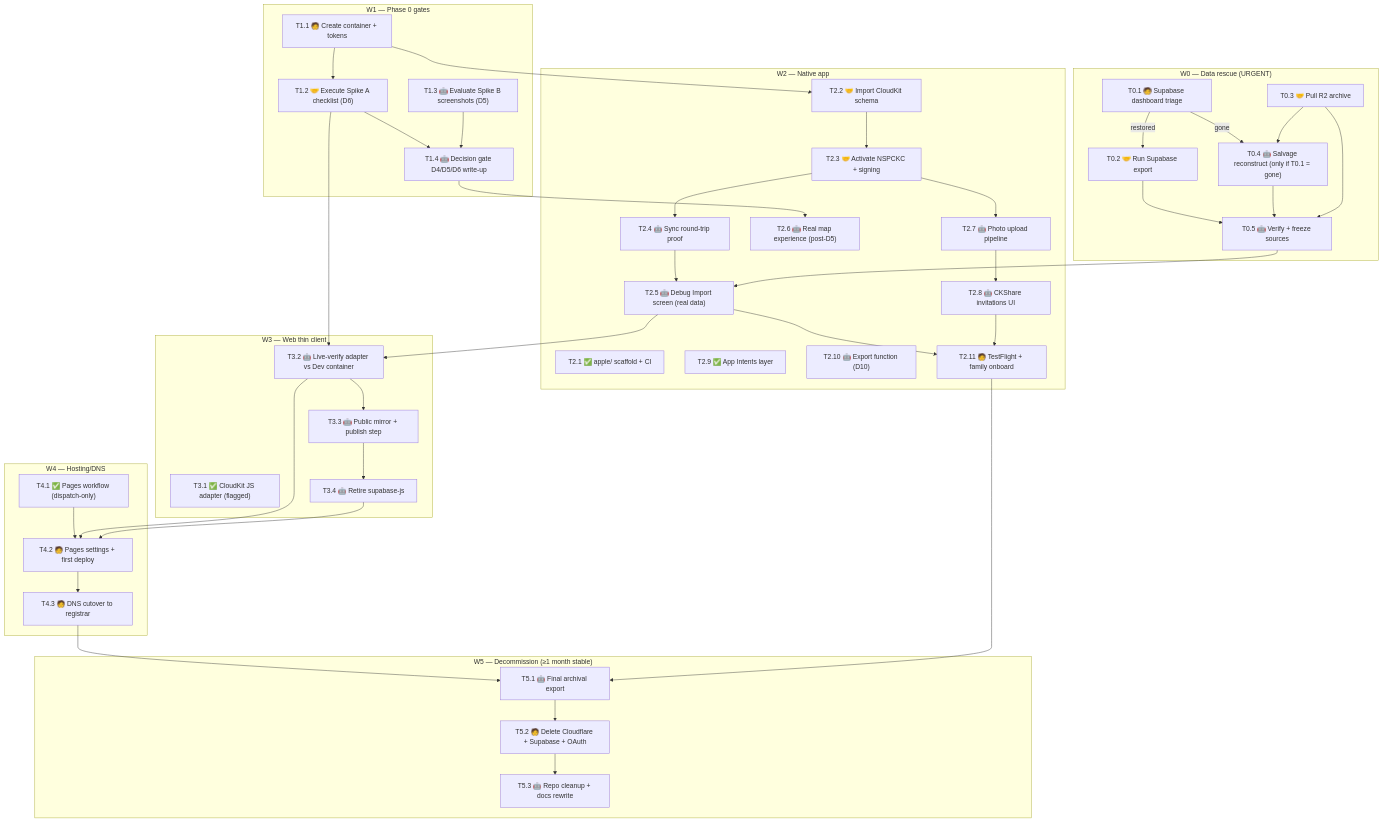
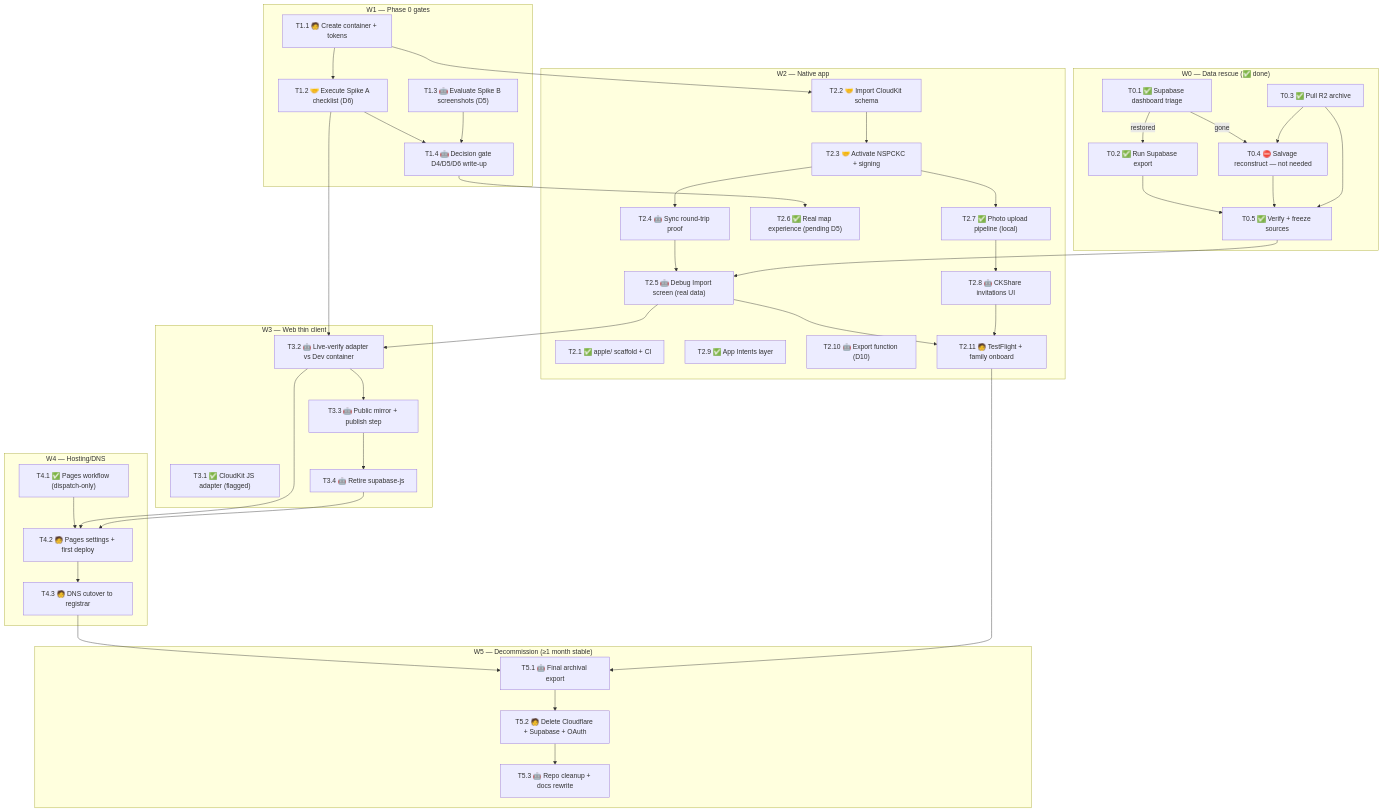
One commit to CHaerem/Akashic changed the diagram in APPLE-MIGRATION-TASKS.md. Above: the diagram before and after it, drawn with Mermaid. The commit also changed other lines of this file and 5 other files, not shown here.

````diff
--- a/APPLE-MIGRATION-TASKS.md
+++ b/APPLE-MIGRATION-TASKS.md
@@ -28,71 +28,71 @@
 ```mermaid
 graph TD
-    subgraph W0["W0 — Data rescue (URGENT)"]
-        T01["T0.1 🧑 Supabase dashboard triage"]
-        T02["T0.2 🤝 Run Supabase export"]
-        T03["T0.3 🤝 Pull R2 archive"]
-        T04["T0.4 🤖 Salvage reconstruct (only if T0.1 = gone)"]
-        T05["T0.5 🤖 Verify + freeze sources"]
+    subgraph W0["W0 — Data rescue (✅ done)"]
+        T01["T0.1 ✅ Supabase dashboard triage"]
+        T02["T0.2 ✅ Run Supabase export"]
+        T03["T0.3 ✅ Pull R2 archive"]
+        T04["T0.4 ⛔ Salvage reconstruct — not needed"]
+        T05["T0.5 ✅ Verify + freeze sources"]
         T01 -->|restored| T02 --> T05
         T01 -->|gone| T04 --> T05
         T03 --> T05
         T03 --> T04
     end
 
     subgraph W1["W1 — Phase 0 gates"]
         T11["T1.1 🧑 Create container + tokens"]
         T12["T1.2 🤝 Execute Spike A checklist (D6)"]
         T13["T1.3 🤖 Evaluate Spike B screenshots (D5)"]
         T14["T1.4 🤖 Decision gate D4/D5/D6 write-up"]
         T11 --> T12 --> T14
         T13 --> T14
     end
 
     subgraph W2["W2 — Native app"]
         T21["T2.1 ✅ apple/ scaffold + CI"]
         T22["T2.2 🤝 Import CloudKit schema"]
         T23["T2.3 🤝 Activate NSPCKC + signing"]
         T24["T2.4 🤖 Sync round-trip proof"]
         T25["T2.5 🤖 Debug Import screen (real data)"]
-        T26["T2.6 🤖 Real map experience (post-D5)"]
-        T27["T2.7 🤖 Photo upload pipeline"]
+        T26["T2.6 ✅ Real map experience (pending D5)"]
+        T27["T2.7 ✅ Photo upload pipeline (local)"]
         T28["T2.8 🤖 CKShare invitations UI"]
         T29["T2.9 ✅ App Intents layer"]
         T210["T2.10 🤖 Export function (D10)"]
         T211["T2.11 🧑 TestFlight + family onboard"]
         T11 --> T22 --> T23 --> T24 --> T25
         T05 --> T25
         T14 --> T26
         T23 --> T27 --> T28
         T25 --> T211
         T28 --> T211
     end
 
     subgraph W3["W3 — Web thin client"]
         T31["T3.1 ✅ CloudKit JS adapter (flagged)"]
         T32["T3.2 🤖 Live-verify adapter vs Dev container"]
         T33["T3.3 🤖 Public mirror + publish step"]
         T34["T3.4 🤖 Retire supabase-js"]
         T12 --> T32
         T25 --> T32
         T32 --> T33 --> T34
     end
 
     subgraph W4["W4 — Hosting/DNS"]
         T41["T4.1 ✅ Pages workflow (dispatch-only)"]
         T42["T4.2 🧑 Pages settings + first deploy"]
         T43["T4.3 🧑 DNS cutover to registrar"]
         T41 --> T42 --> T43
         T32 --> T42
     end
 
     subgraph W5["W5 — Decommission (≥1 month stable)"]
         T51["T5.1 🤖 Final archival export"]
         T52["T5.2 🧑 Delete Cloudflare + Supabase + OAuth"]
         T53["T5.3 🤖 Repo cleanup + docs rewrite"]
         T43 --> T51 --> T52 --> T53
         T211 --> T51
     end
 
     T34 --> T42
 ```
````
